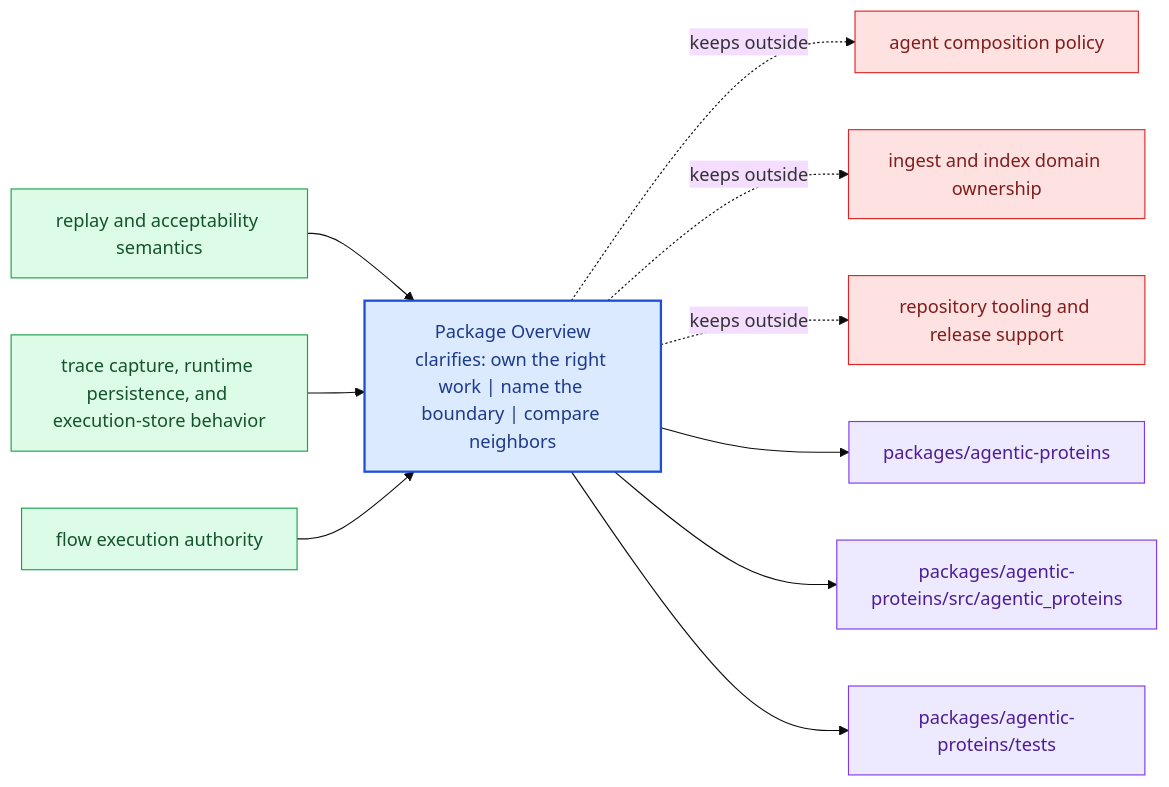
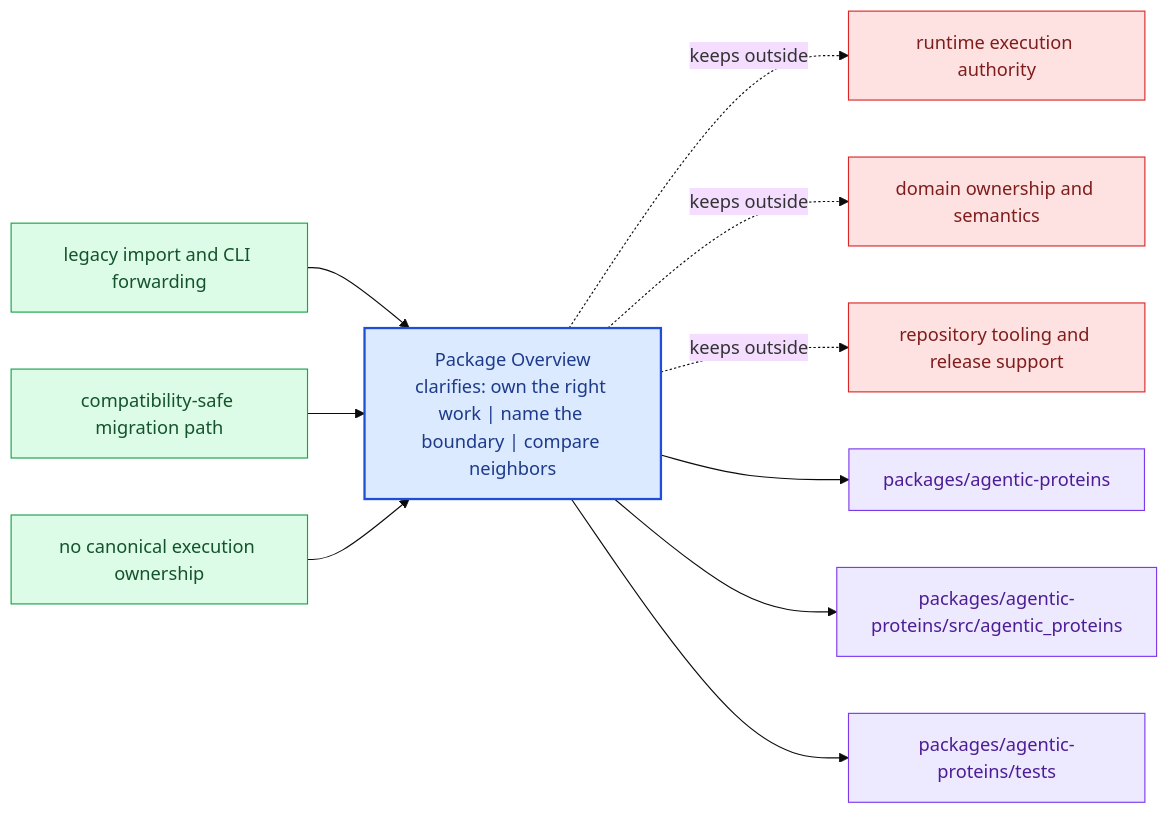
One commit to bijux/bijux-proteomics changed the diagram in docs/02-agentic-proteins/foundation/package-overview.md. Above: the diagram before and after it, drawn with Mermaid (base theme). The commit also changed other lines of this file, not shown here.

Commit message:
docs(compat): redefine agentic package overview around forwarding-only role

````diff
--- a/docs/02-agentic-proteins/foundation/package-overview.md
+++ b/docs/02-agentic-proteins/foundation/package-overview.md
@@ -23,31 +24,31 @@
 ```mermaid
 flowchart LR
     page["Package Overview<br/>clarifies: own the right work | name the boundary | compare neighbors"]
     classDef page fill:#dbeafe,stroke:#1d4ed8,color:#1e3a8a,stroke-width:2px;
     classDef positive fill:#dcfce7,stroke:#16a34a,color:#14532d;
     classDef caution fill:#fee2e2,stroke:#dc2626,color:#7f1d1d;
     classDef anchor fill:#ede9fe,stroke:#7c3aed,color:#4c1d95;
     classDef action fill:#fef3c7,stroke:#d97706,color:#7c2d12;
-    own1["replay and acceptability semantics"]
+    own1["legacy import and CLI forwarding"]
     own1 --> page
-    own2["trace capture, runtime persistence, and execution-store behavior"]
+    own2["compatibility-safe migration path"]
     own2 --> page
-    own3["flow execution authority"]
+    own3["no canonical execution ownership"]
     own3 --> page
-    limit1["agent composition policy"]
+    limit1["runtime execution authority"]
     page -.keeps outside.-> limit1
-    limit2["ingest and index domain ownership"]
+    limit2["domain ownership and semantics"]
     page -.keeps outside.-> limit2
     limit3["repository tooling and release support"]
     page -.keeps outside.-> limit3
     anchor1["packages/agentic-proteins"]
     page --> anchor1
     anchor2["packages/agentic-proteins/src/agentic_proteins"]
     page --> anchor2
     anchor3["packages/agentic-proteins/tests"]
     page --> anchor3
     class page page;
     class own1,own2,own3 positive;
     class limit1,limit2,limit3 caution;
     class anchor1,anchor2,anchor3 anchor;
 ```
````
